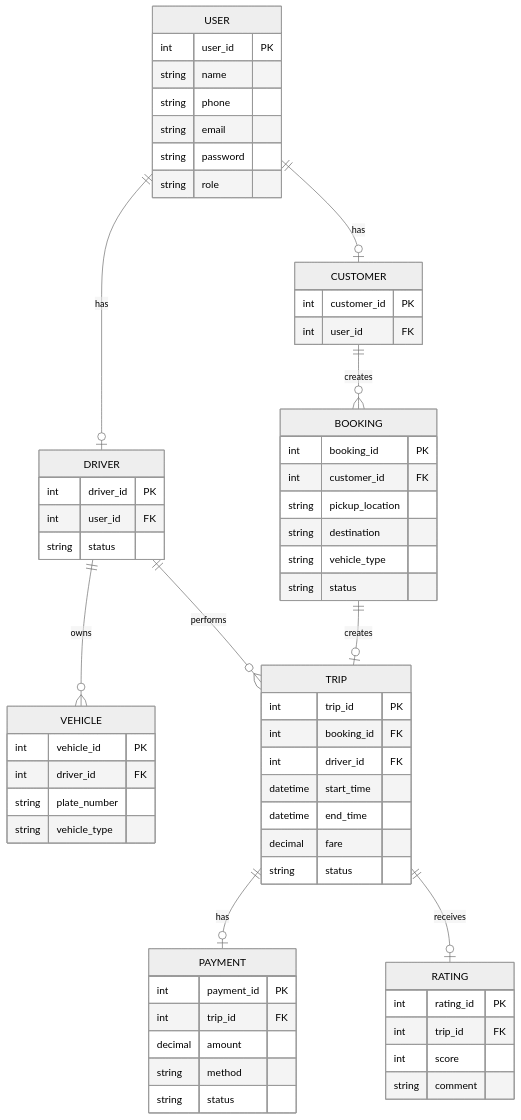
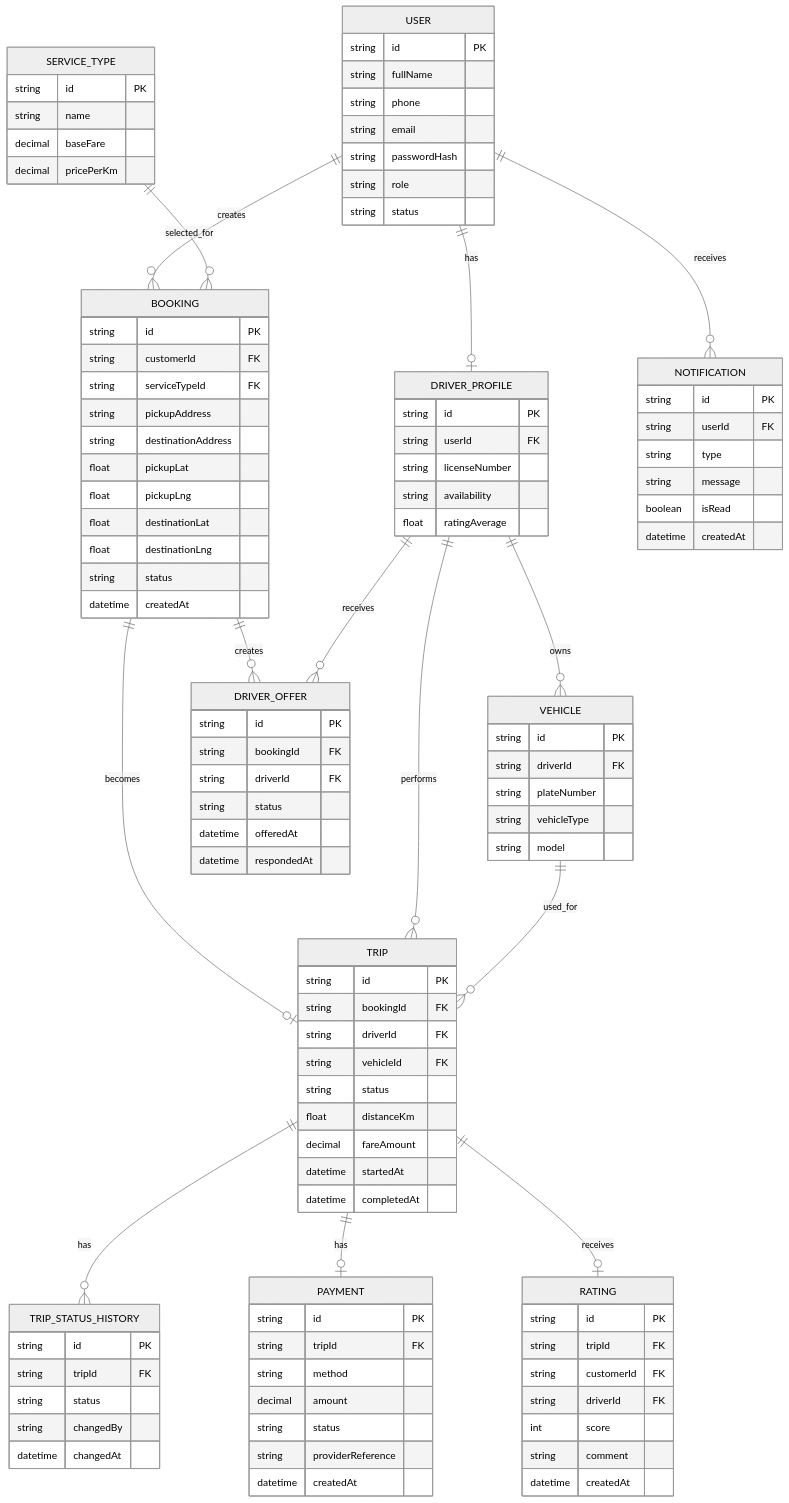
The third of 4 diagrams in srs.md (thoaivi45/23670471_TranDamThoaiVi_CABSYSTEM), drawn with Mermaid (neutral theme) before and after one commit. The commit also changed other lines of this file, not shown here.

````diff
--- a/srs.md
+++ b/srs.md
@@ -339,72 +423,126 @@
 erDiagram
 
     USER {
-        int user_id PK
-        string name
+        string id PK
+        string fullName
         string phone
         string email
-        string password
+        string passwordHash
         string role
-    }
-
-    CUSTOMER {
-        int customer_id PK
-        int user_id FK
-    }
-
-    DRIVER {
-        int driver_id PK
-        int user_id FK
         string status
     }
 
+    DRIVER_PROFILE {
+        string id PK
+        string userId FK
+        string licenseNumber
+        string availability
+        float ratingAverage
+    }
+
     VEHICLE {
-        int vehicle_id PK
-        int driver_id FK
-        string plate_number
-        string vehicle_type
+        string id PK
+        string driverId FK
+        string plateNumber
+        string vehicleType
+        string model
+    }
+
+    SERVICE_TYPE {
+        string id PK
+        string name
+        decimal baseFare
+        decimal pricePerKm
     }
 
     BOOKING {
-        int booking_id PK
-        int customer_id FK
-        string pickup_location
-        string destination
-        string vehicle_type
+        string id PK
+        string customerId FK
+        string serviceTypeId FK
+        string pickupAddress
+        string destinationAddress
+        float pickupLat
+        float pickupLng
+        float destinationLat
+        float destinationLng
         string status
+        datetime createdAt
+    }
+
+    DRIVER_OFFER {
+        string id PK
+        string bookingId FK
+        string driverId FK
+        string status
+        datetime offeredAt
+        datetime respondedAt
     }
 
     TRIP {
-        int trip_id PK
-        int booking_id FK
-        int driver_id FK
-        datetime start_time
-        datetime end_time
-        decimal fare
+        string id PK
+        string bookingId FK
+        string driverId FK
+        string vehicleId FK
         string status
+        float distanceKm
+        decimal fareAmount
+        datetime startedAt
+        datetime completedAt
+    }
+
+    TRIP_STATUS_HISTORY {
+        string id PK
+        string tripId FK
+        string status
+        string changedBy
+        datetime changedAt
     }
 
     PAYMENT {
-        int payment_id PK
-        int trip_id FK
+        string id PK
+        string tripId FK
+        string method
         decimal amount
-        string method
         string status
+        string providerReference
+        datetime createdAt
     }
 
     RATING {
-        int rating_id PK
-        int trip_id FK
+        string id PK
+        string tripId FK
+        string customerId FK
+        string driverId FK
         int score
         string comment
+        datetime createdAt
     }
 
-    USER ||--o| CUSTOMER : has
-    USER ||--o| DRIVER : has
-    DRIVER ||--o{ VEHICLE : owns
-    CUSTOMER ||--o{ BOOKING : creates
-    BOOKING ||--o| TRIP : creates
-    DRIVER ||--o{ TRIP : performs
+    NOTIFICATION {
+        string id PK
+        string userId FK
+        string type
+        string message
+        boolean isRead
+        datetime createdAt
+    }
+
+    USER ||--o| DRIVER_PROFILE : has
+    DRIVER_PROFILE ||--o{ VEHICLE : owns
+
+    USER ||--o{ BOOKING : creates
+    SERVICE_TYPE ||--o{ BOOKING : selected_for
+
+    BOOKING ||--o{ DRIVER_OFFER : creates
+    DRIVER_PROFILE ||--o{ DRIVER_OFFER : receives
+
+    BOOKING ||--o| TRIP : becomes
+    DRIVER_PROFILE ||--o{ TRIP : performs
+    VEHICLE ||--o{ TRIP : used_for
+
+    TRIP ||--o{ TRIP_STATUS_HISTORY : has
     TRIP ||--o| PAYMENT : has
     TRIP ||--o| RATING : receives
+
+    USER ||--o{ NOTIFICATION : receives
 ```
````
